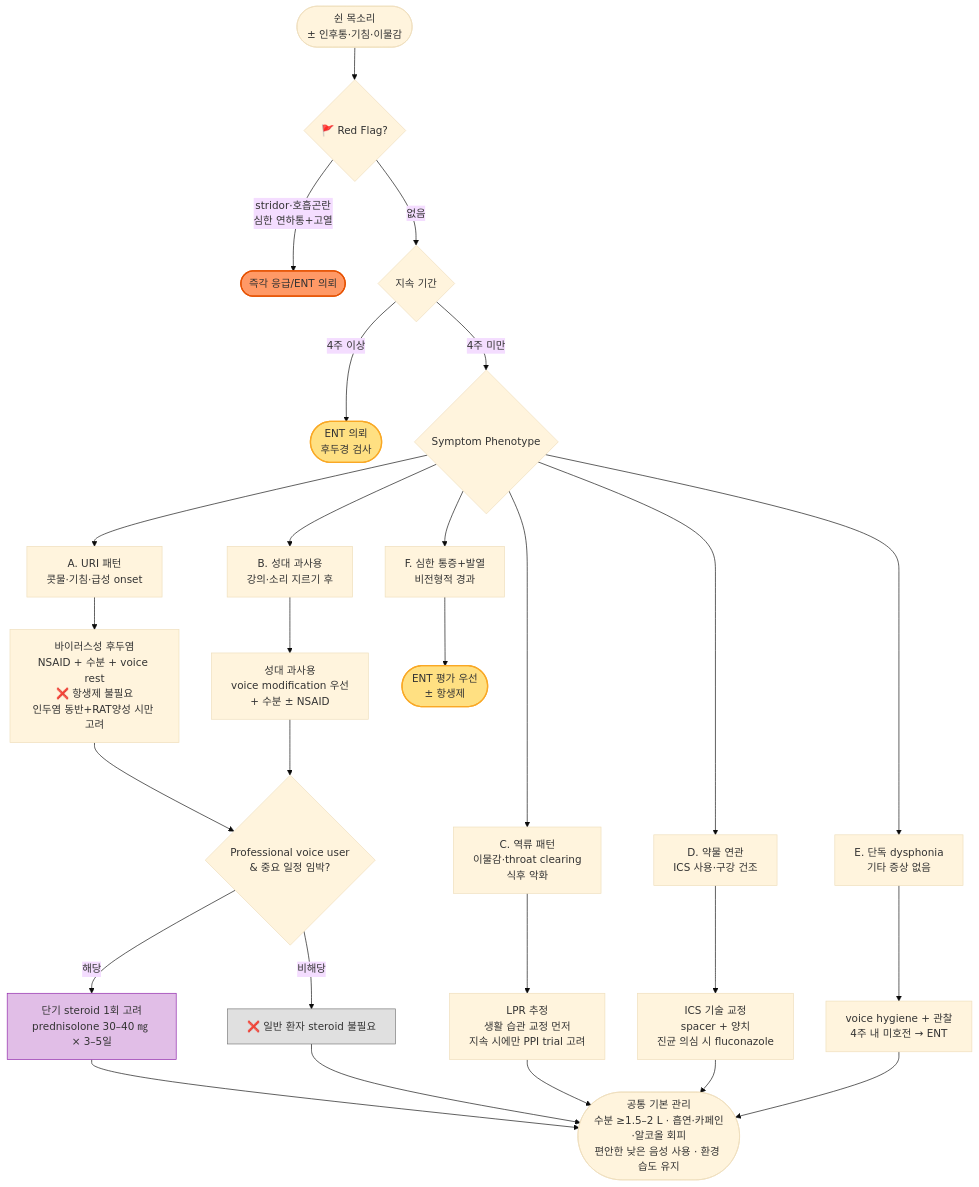
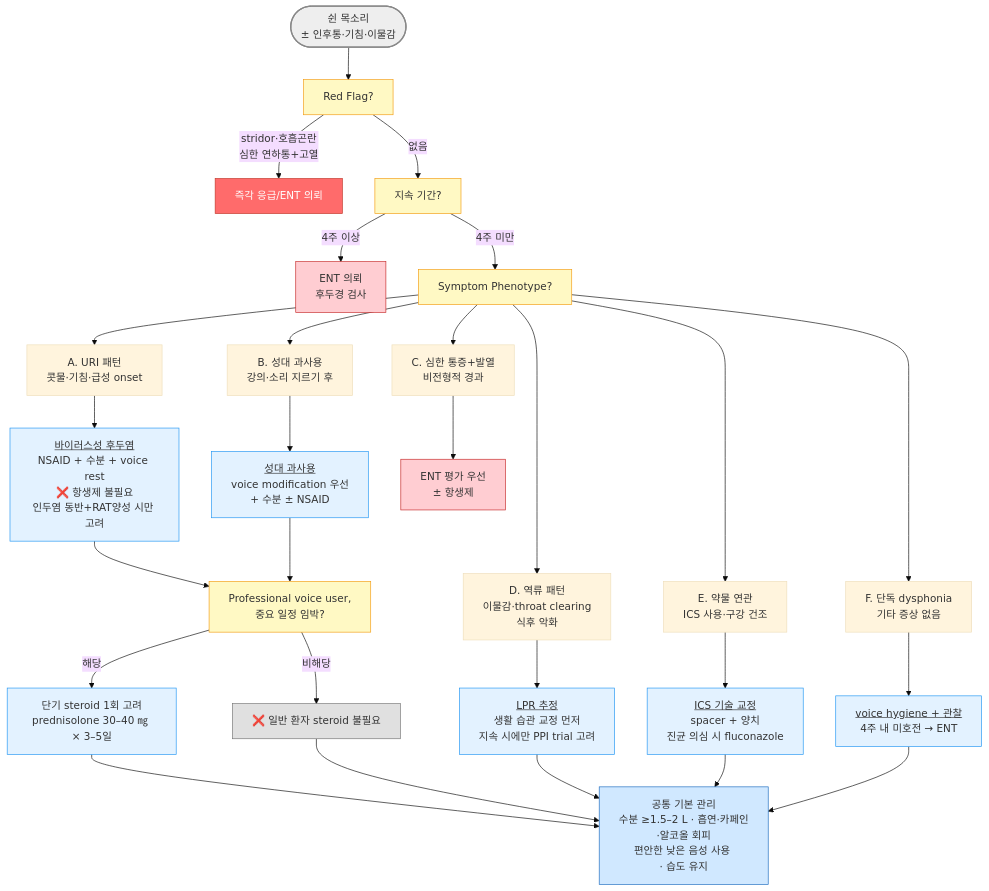
Before and after one commit to familyoh77/familyoh77: the diagram in 223_/063_-laryngitis.md, drawn with Mermaid (base theme). The commit also changed other lines of this file, not shown here.

````diff
--- a/223_/063_-laryngitis.md
+++ b/223_/063_-laryngitis.md
@@ -76,39 +61,45 @@
 ```mermaid
 graph TD
-    A([쉰 목소리<br/>± 인후통·기침·이물감]) --> B{🚩 Red Flag?}
-    B -- stridor·호흡곤란<br/>심한 연하통+고열 --> C([즉각 응급/ENT 의뢰])
-    B -- 없음 --> D{지속 기간}
-    D -- 4주 이상 --> E([ENT 의뢰<br/>후두경 검사])
-    D -- 4주 미만 --> F{Symptom Phenotype}
+    A([쉰 목소리<br/>± 인후통·기침·이물감]) --> B[Red Flag?]
+    B -- stridor·호흡곤란<br/>심한 연하통+고열 --> C[즉각 응급/ENT 의뢰]
+    B -- 없음 --> D[지속 기간?]
+    D -- 4주 이상 --> E[ENT 의뢰<br/>후두경 검사]
+    D -- 4주 미만 --> F[Symptom Phenotype?]
 
     F --> G["A. URI 패턴<br/>콧물·기침·급성 onset"]
     F --> H["B. 성대 과사용<br/>강의·소리 지르기 후"]
-    F --> I["C. 역류 패턴<br/>이물감·throat clearing<br/>식후 악화"]
-    F --> J["D. 약물 연관<br/>ICS 사용·구강 건조"]
-    F --> K["E. 단독 dysphonia<br/>기타 증상 없음"]
-    F --> L["F. 심한 통증+발열<br/>비전형적 경과"]
+    F --> I["D. 역류 패턴<br/>이물감·throat clearing<br/>식후 악화"]
+    F --> J["E. 약물 연관<br/>ICS 사용·구강 건조"]
+    F --> K["F. 단독 dysphonia<br/>기타 증상 없음"]
+    F --> L["C. 심한 통증+발열<br/>비전형적 경과"]
 
-    G --> M["바이러스성 후두염<br/>NSAID + 수분 + voice rest<br/>❌ 항생제 불필요<br/>인두염 동반+RAT양성 시만 고려"]
-    H --> N["성대 과사용<br/>voice modification 우선<br/>+ 수분 ± NSAID"]
-    I --> O["LPR 추정<br/>생활 습관 교정 먼저<br/>지속 시에만 PPI trial 고려"]
-    J --> P["ICS 기술 교정<br/>spacer + 양치<br/>진균 의심 시 fluconazole"]
-    K --> Q["voice hygiene + 관찰<br/>4주 내 미호전 → ENT"]
-    L --> R([ENT 평가 우선<br/>± 항생제])
+    G --> M["<u>바이러스성 후두염</u><br/>NSAID + 수분 + voice rest<br/>❌ 항생제 불필요<br/>인두염 동반+RAT양성 시만 고려"]
+    H --> N["<u>성대 과사용</u><br/>voice modification 우선<br/>+ 수분 ± NSAID"]
+    I --> O["<u>LPR 추정</u><br/>생활 습관 교정 먼저<br/>지속 시에만 PPI trial 고려"]
+    J --> P["<u>ICS 기술 교정</u><br/>spacer + 양치<br/>진균 의심 시 fluconazole"]
+    K --> Q["<u>voice hygiene + 관찰</u><br/>4주 내 미호전 → ENT"]
+    L --> R[ENT 평가 우선<br/>± 항생제]
 
-    M --> S{Professional voice user<br/>& 중요 일정 임박?}
+    M --> S[Professional voice user,<br/>중요 일정 임박?]
     N --> S
     S -- 해당 --> T["단기 steroid 1회 고려<br/>prednisolone 30–40 ㎎ × 3–5일"]
     S -- 비해당 --> U["❌ 일반 환자 steroid 불필요"]
 
-    T --> V([공통 기본 관리<br/>수분 ≥1.5–2 L · 흡연·카페인·알코올 회피<br/>편안한 낮은 음성 사용 · 환경 습도 유지])
+    T --> V[공통 기본 관리<br/>수분 ≥1.5–2 L · 흡연·카페인·알코올 회피<br/>편안한 낮은 음성 사용 <br/>· 습도 유지]
     U --> V
     O --> V
     P --> V
     Q --> V
 
-    style C fill:#f96,stroke:#e65100,stroke-width:2px
-    style E fill:#ffe082,stroke:#f9a825,stroke-width:2px
-    style R fill:#ffe082,stroke:#f9a825,stroke-width:2px
-    style T fill:#e1bee7,stroke:#8e24aa,stroke-width:1px
+style A fill:#eeeeee,stroke:#888888,stroke-width:2px
+classDef yellow fill:#fff9c4,stroke:#f39c12
+class B,D,F,S yellow
+classDef red fill:#ff6b6b,stroke:#c0392b,color:#fff
+class C red
+classDef sky fill:#e3f2ff,stroke:#2196f3
+class M,N,O,P,Q,T sky
+classDef l_red fill:#ffcdd2,stroke:#c62828
+class E,R l_red
+style V fill:#d0e8ff,stroke:#1a6abf
     style U fill:#e0e0e0,stroke:#757575,stroke-width:1px
 ```
````
